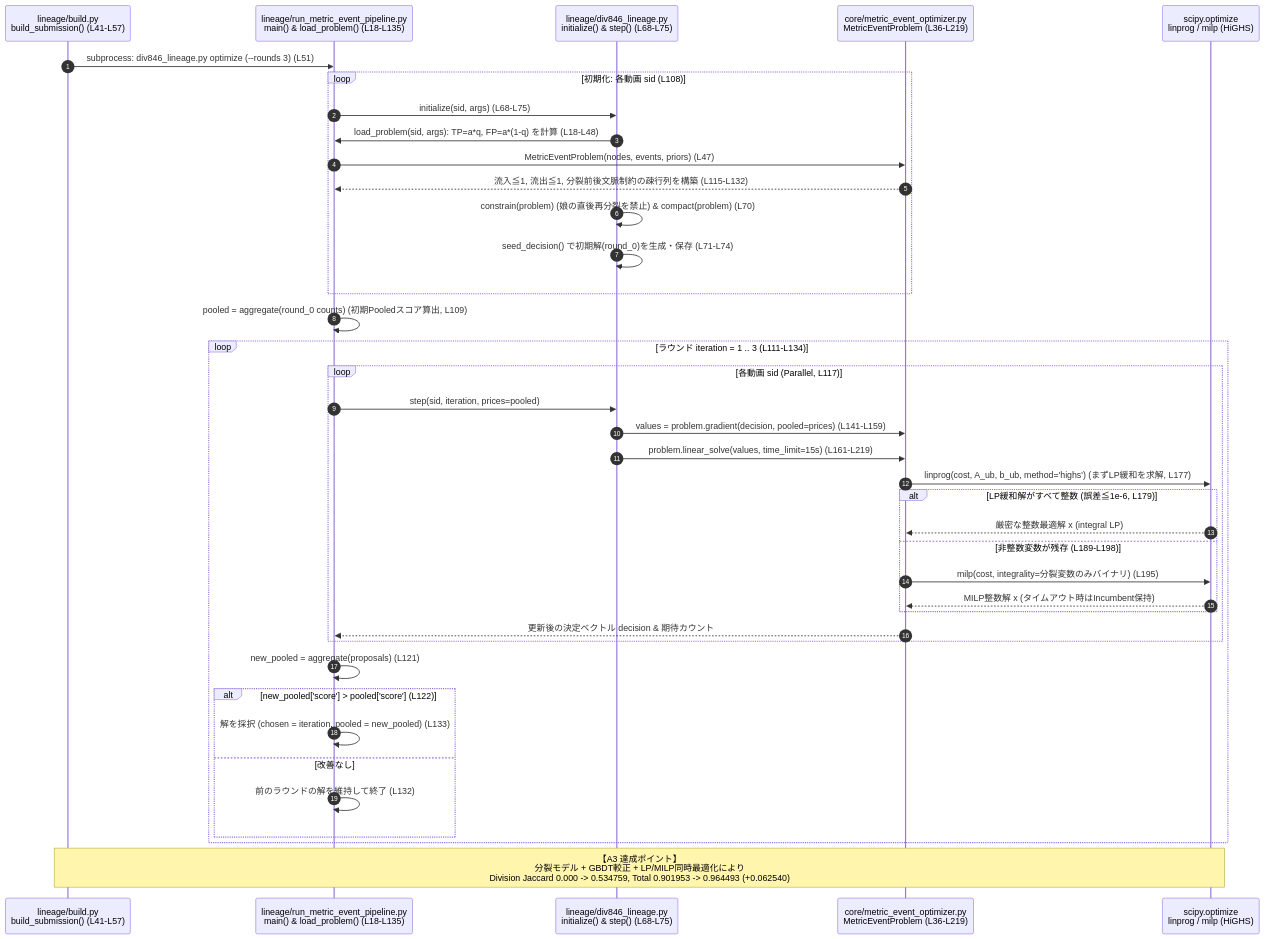
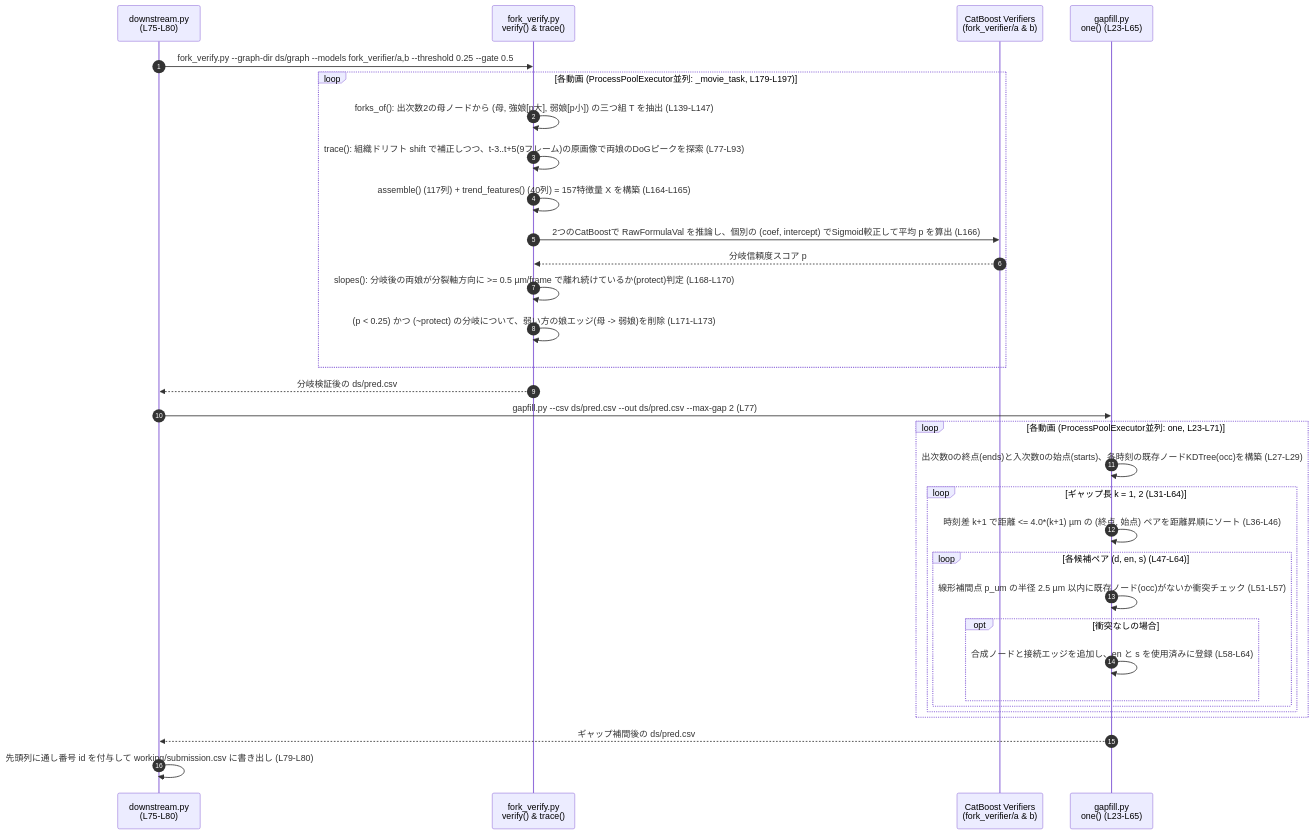
The seventh of 8 diagrams in episode/Summary&Conclusion/4th-place-summary.md (kito2718/kgle_001_BCT_Episode), drawn with Mermaid before and after one commit. The commit also changed other lines of this file and 1 other file, not shown here.

````diff
--- a/episode/Summary&Conclusion/4th-place-summary.md
+++ b/episode/Summary&Conclusion/4th-place-summary.md
@@ -623,43 +600,36 @@
 ```mermaid
 sequenceDiagram
     autonumber
-    participant Build as lineage/build.py<br/>build_submission() (L41-L57)
-    participant Pipe as lineage/run_metric_event_pipeline.py<br/>main() & load_problem() (L18-L135)
-    participant D846 as lineage/div846_lineage.py<br/>initialize() & step() (L68-L75)
-    participant Opt_ as core/metric_event_optimizer.py<br/>MetricEventProblem (L36-L219)
-    participant HiGHS as scipy.optimize<br/>linprog / milp (HiGHS)
+    participant DS as downstream.py<br/>(L75-L80)
+    participant FV as fork_verify.py<br/>verify() & trace()
+    participant CatV as CatBoost Verifiers<br/>(fork_verifier/a & b)
+    participant GF as gapfill.py<br/>one() (L23-L65)
 
-    Build->>Pipe: subprocess: div846_lineage.py optimize (--rounds 3) (L51)
-    loop 初期化: 各動画 sid (L108)
-        Pipe->>D846: initialize(sid, args) (L68-L75)
-        D846->>Pipe: load_problem(sid, args): TP=a*q, FP=a*(1-q) を計算 (L18-L48)
-        Pipe->>Opt_: MetricEventProblem(nodes, events, priors) (L47)
-        Opt_-->>Pipe: 流入≦1, 流出≦1, 分裂前後文脈制約の疎行列を構築 (L115-L132)
-        D846->>D846: constrain(problem) (娘の直後再分裂を禁止) & compact(problem) (L70)
-        D846->>D846: seed_decision() で初期解(round_0)を生成・保存 (L71-L74)
+    DS->>FV: fork_verify.py --graph-dir ds/graph --models fork_verifier/a,b --threshold 0.25 --gate 0.5
+    loop 各動画 (ProcessPoolExecutor並列: _movie_task, L179-L197)
+        FV->>FV: forks_of(): 出次数2の母ノードから (母, 強娘[p大], 弱娘[p小]) の三つ組 T を抽出 (L139-L147)
+        FV->>FV: trace(): 組織ドリフト shift で補正しつつ、t-3..t+5(9フレーム)の原画像で両娘のDoGピークを探索 (L77-L93)
+        FV->>FV: assemble() (117列) + trend_features() (40列) = 157特徴量 X を構築 (L164-L165)
+        FV->>CatV: 2つのCatBoostで RawFormulaVal を推論し、個別の (coef, intercept) でSigmoid較正して平均 p を算出 (L166)
+        CatV-->>FV: 分岐信頼度スコア p
+        FV->>FV: slopes(): 分岐後の両娘が分裂軸方向に >= 0.5 µm/frame で離れ続けているか(protect)判定 (L168-L170)
+        FV->>FV: (p < 0.25) かつ (~protect) の分岐について、弱い方の娘エッジ(母 -> 弱娘)を削除 (L171-L173)
     end
-    Pipe->>Pipe: pooled = aggregate(round_0 counts) (初期Pooledスコア算出, L109)
+    FV-->>DS: 分岐検証後の ds/pred.csv
 
-    loop ラウンド iteration = 1 .. 3 (L111-L134)
-        loop 各動画 sid (Parallel, L117)
-            Pipe->>D846: step(sid, iteration, prices=pooled)
-            D846->>Opt_: values = problem.gradient(decision, pooled=prices) (L141-L159)
-            D846->>Opt_: problem.linear_solve(values, time_limit=15s) (L161-L219)
-            Opt_->>HiGHS: linprog(cost, A_ub, b_ub, method='highs') (まずLP緩和を求解, L177)
-            alt LP緩和解がすべて整数 (誤差≦1e-6, L179)
-                HiGHS-->>Opt_: 厳密な整数最適解 x (integral LP)
-            else 非整数変数が残存 (L189-L198)
-                Opt_->>HiGHS: milp(cost, integrality=分裂変数のみバイナリ) (L195)
-                HiGHS-->>Opt_: MILP整数解 x (タイムアウト時はIncumbent保持)
+    DS->>GF: gapfill.py --csv ds/pred.csv --out ds/pred.csv --max-gap 2 (L77)
+    loop 各動画 (ProcessPoolExecutor並列: one, L23-L71)
+        GF->>GF: 出次数0の終点(ends)と入次数0の始点(starts)、各時刻の既存ノードKDTree(occ)を構築 (L27-L29)
+        loop ギャップ長 k = 1, 2 (L31-L64)
+            GF->>GF: 時刻差 k+1 で距離 <= 4.0*(k+1) µm の (終点, 始点) ペアを距離昇順にソート (L36-L46)
+            loop 各候補ペア (d, en, s) (L47-L64)
+                GF->>GF: 線形補間点 p_um の半径 2.5 µm 以内に既存ノード(occ)がないか衝突チェック (L51-L57)
+                opt 衝突なしの場合
+                    GF->>GF: 合成ノードと接続エッジを追加し、en と s を使用済みに登録 (L58-L64)
+                end
             end
-            Opt_-->>Pipe: 更新後の決定ベクトル decision & 期待カウント
-        end
-        Pipe->>Pipe: new_pooled = aggregate(proposals) (L121)
-        alt new_pooled['score'] > pooled['score'] (L122)
-            Pipe->>Pipe: 解を採択 (chosen = iteration, pooled = new_pooled) (L133)
-        else 改善なし
-            Pipe->>Pipe: 前のラウンドの解を維持して終了 (L132)
         end
     end
-    Note over Build,HiGHS: 【A3 達成ポイント】<br/>分裂モデル + GBDT較正 + LP/MILP同時最適化により<br/>Division Jaccard 0.000 -> 0.534759, Total 0.901953 -> 0.964493 (+0.062540)
+    GF-->>DS: ギャップ補間後の ds/pred.csv
+    DS->>DS: 先頭列に通し番号 id を付与して working/submission.csv に書き出し (L79-L80)
 ```
````
